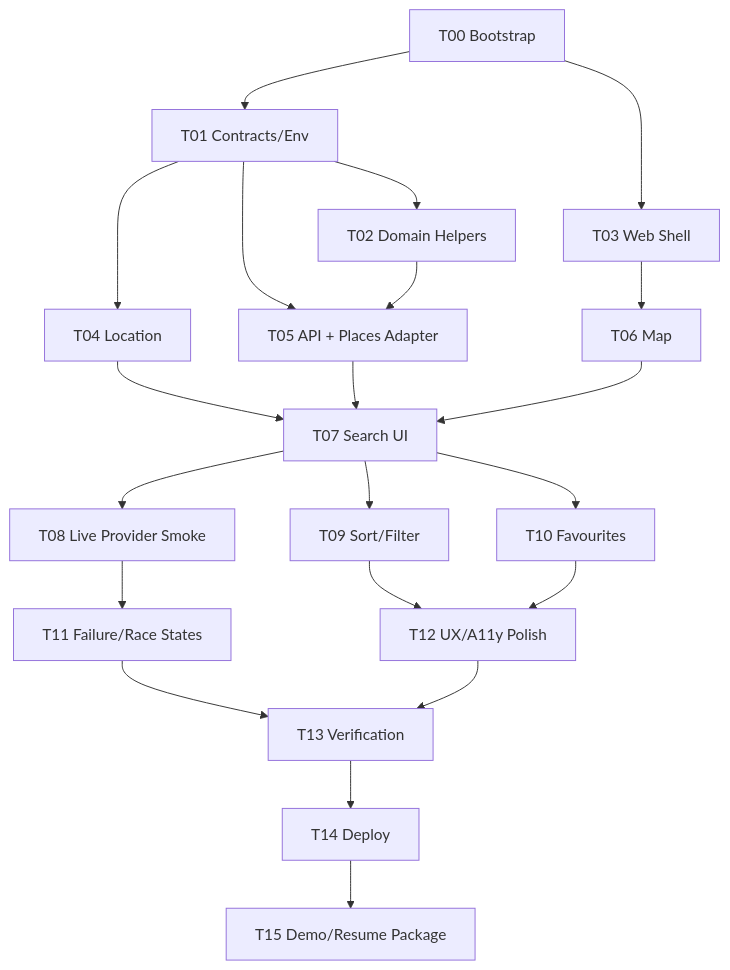
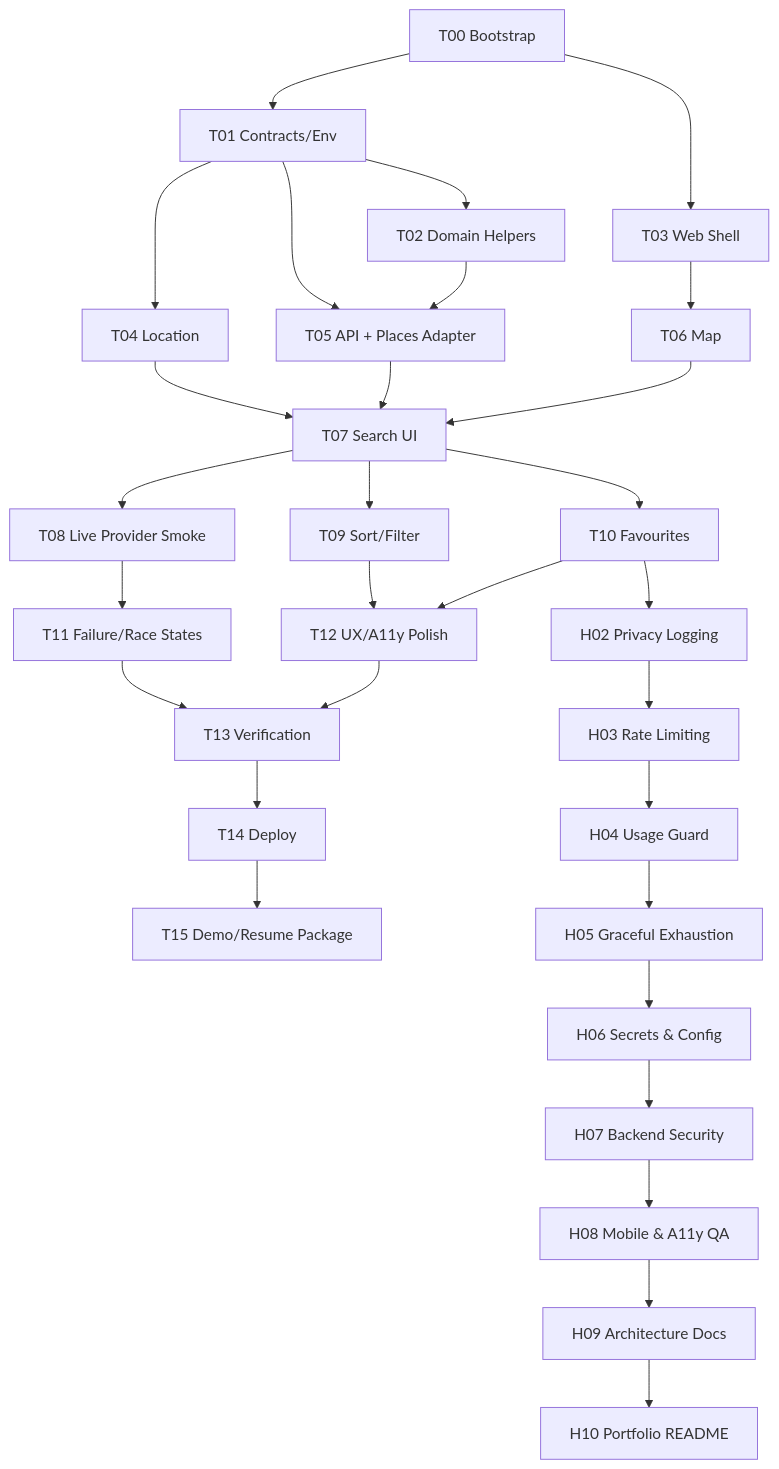
The diagram in docs/09_EXECUTION/Task Graph.md (park-anju/bean-stalker), drawn with Mermaid before and after one commit. The commit also changed other lines of this file and 34 other files, not shown here.

First line of the commit message:
Implement H06-H07: secrets & backend security hardening

````diff
--- a/docs/09_EXECUTION/Task Graph.md
+++ b/docs/09_EXECUTION/Task Graph.md
@@ -12,23 +12,35 @@
 ```mermaid
 flowchart TD
   T00[T00 Bootstrap] --> T01[T01 Contracts/Env]
   T01 --> T02[T02 Domain Helpers]
   T00 --> T03[T03 Web Shell]
   T01 --> T04[T04 Location]
   T01 --> T05[T05 API + Places Adapter]
   T02 --> T05
   T03 --> T06[T06 Map]
   T04 --> T07[T07 Search UI]
   T05 --> T07
   T06 --> T07
   T07 --> T08[T08 Live Provider Smoke]
   T07 --> T09[T09 Sort/Filter]
   T07 --> T10[T10 Favourites]
   T08 --> T11[T11 Failure/Race States]
   T09 --> T12[T12 UX/A11y Polish]
   T10 --> T12
   T11 --> T13[T13 Verification]
   T12 --> T13
   T13 --> T14[T14 Deploy]
   T14 --> T15[T15 Demo/Resume Package]
+
+  %% Pre-T08 release-hardening chain — runs while T08 is blocked, independent
+  %% of the T11–T15 line.
+  T10 --> H02[H02 Privacy Logging]
+  H02 --> H03[H03 Rate Limiting]
+  H03 --> H04[H04 Usage Guard]
+  H04 --> H05[H05 Graceful Exhaustion]
+  H05 --> H06[H06 Secrets & Config]
+  H06 --> H07[H07 Backend Security]
+  H07 --> H08[H08 Mobile & A11y QA]
+  H08 --> H09[H09 Architecture Docs]
+  H09 --> H10[H10 Portfolio README]
 ```
````
